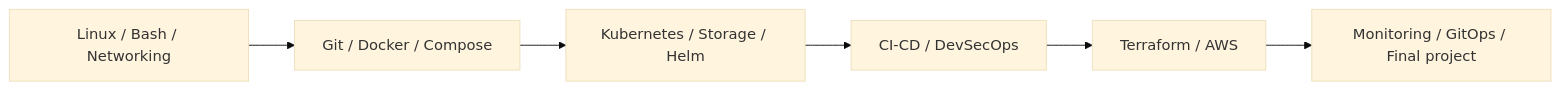
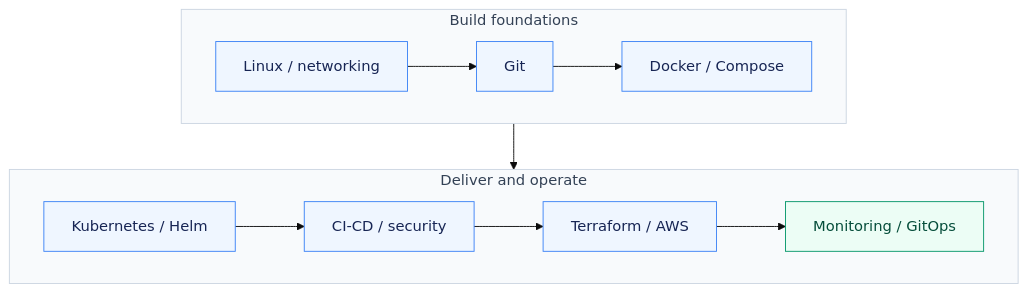
One commit to NoteLegend/DevOps-Assignments changed the diagram in README.md. Above: the diagram before and after it, drawn with Mermaid (base theme). The commit also changed other lines of this file and 32 other files, not shown here.

````diff
--- a/README.md
+++ b/README.md
@@ -23,8 +11,18 @@
 ```mermaid
-flowchart LR
-  A[Linux / Bash / Networking] --> B[Git / Docker / Compose]
-  B --> C[Kubernetes / Storage / Helm]
-  C --> D[CI-CD / DevSecOps]
-  D --> E[Terraform / AWS]
-  E --> F[Monitoring / GitOps / Final project]
+flowchart TB
+  subgraph FOUNDATION["Build foundations"]
+    direction LR
+    L["Linux / networking"] --> G["Git"] --> D["Docker / Compose"]
+  end
+  subgraph OPERATIONS["Deliver and operate"]
+    direction LR
+    K["Kubernetes / Helm"] --> C["CI-CD / security"]
+    C --> T["Terraform / AWS"] --> O["Monitoring / GitOps"]
+  end
+  FOUNDATION --> OPERATIONS
+  classDef default fill:#eff6ff,stroke:#3b82f6,color:#172554;
+  classDef outcome fill:#ecfdf5,stroke:#059669,color:#064e3b;
+  class O outcome;
+  style FOUNDATION fill:#f8fafc,stroke:#cbd5e1,color:#334155;
+  style OPERATIONS fill:#f8fafc,stroke:#cbd5e1,color:#334155;
 ```
````
